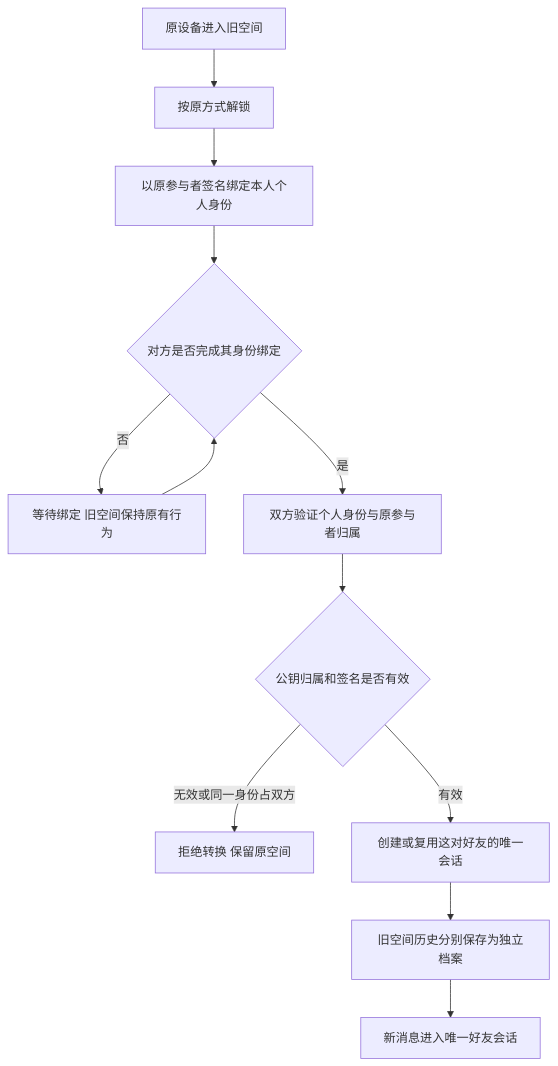
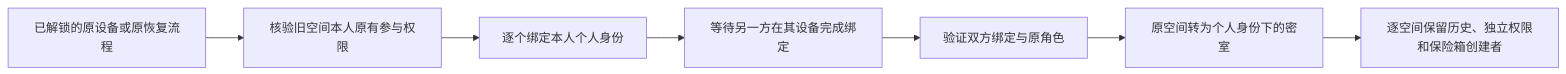
The fourth of 4 diagrams in docs/requirements/2026-10-16-personal-mnemonic-friends/flow.md (zdaiwmm/shui-IM), drawn with Mermaid before and after one commit. The commit also changed other lines of this file and 3 other files, not shown here.

Commit message:
docs: revise personal mnemonic room prototype to invitation flow

````diff
--- a/docs/requirements/2026-10-16-personal-mnemonic-friends/flow.md
+++ b/docs/requirements/2026-10-16-personal-mnemonic-friends/flow.md
@@ -60,14 +92,9 @@
-~~~mermaid
-flowchart TD
- A[原设备进入旧空间] --> B[按原方式解锁]
- B --> C[以原参与者签名绑定本人个人身份]
- C --> D{对方是否完成其身份绑定}
- D -->|否| E[等待绑定 旧空间保持原有行为]
- E --> D
- D -->|是| F[双方验证个人身份与原参与者归属]
- F --> G{公钥归属和签名是否有效}
- G -->|无效或同一身份占双方| H[拒绝转换 保留原空间]
- G -->|有效| I[创建或复用这对好友的唯一会话]
- I --> J[旧空间历史分别保存为独立档案]
- J --> K[新消息进入唯一好友会话]
-~~~
+```mermaid
+flowchart LR
+  O[已解锁的原设备或原恢复流程] --> A[核验旧空间本人原有参与权限]
+  A --> B[逐个绑定本人个人身份]
+  B --> W[等待另一方在其设备完成绑定]
+  W --> V[验证双方绑定与原角色]
+  V --> R[原空间转为个人身份下的密室]
+  R --> H[逐空间保留历史、独立权限和保险箱创建者]
+```
````
